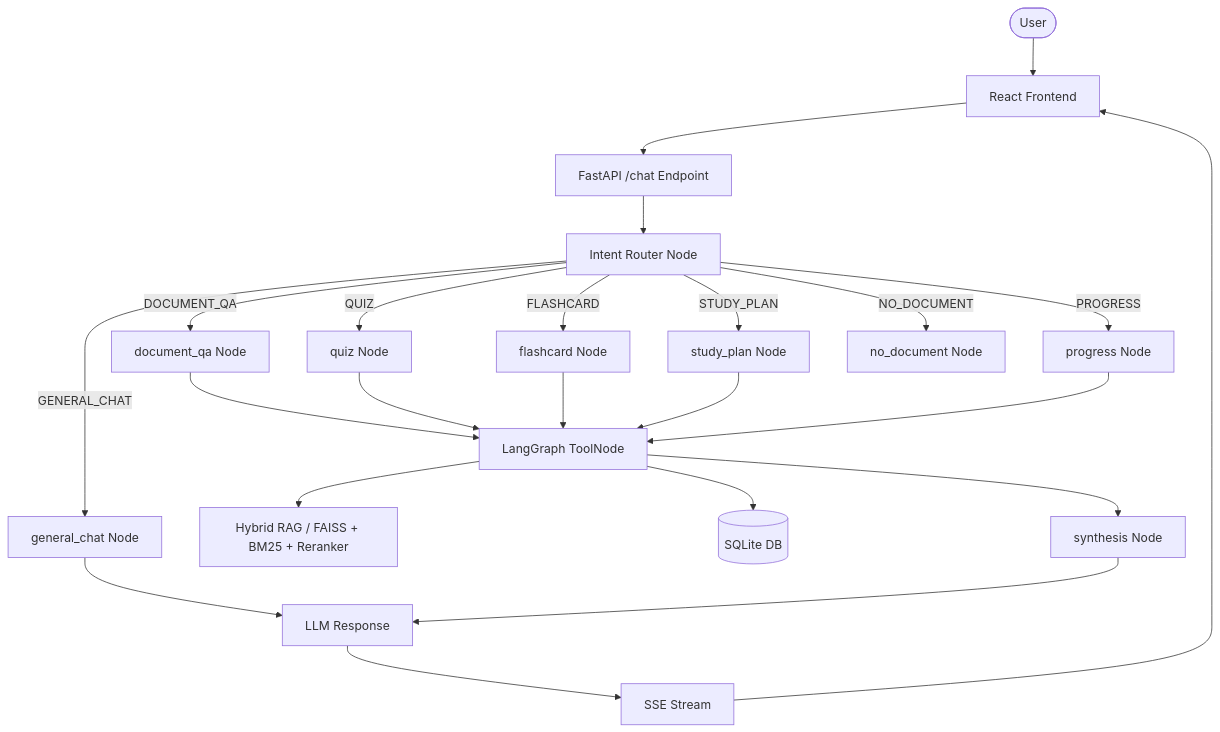
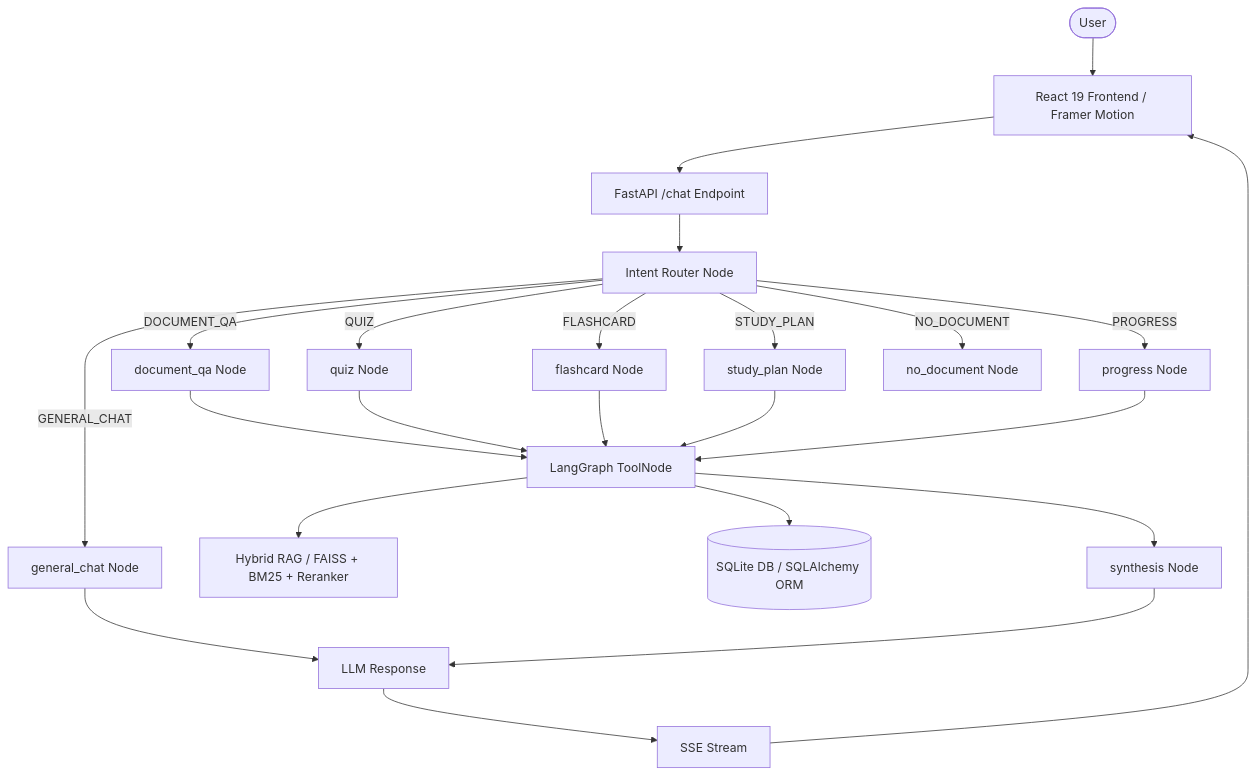
One commit to Gayathri-b-06/StudyMate changed the diagram in README.md. Above: the diagram before and after it, drawn with Mermaid. The commit also changed other lines of this file and 81 other files, not shown here.

````diff
--- a/README.md
+++ b/README.md
@@ -36,29 +55,29 @@
 ```mermaid
 flowchart TD
-    User([User]) --> Frontend[React Frontend]
+    User([User]) --> Frontend[React 19 Frontend / Framer Motion]
     Frontend --> API[FastAPI /chat Endpoint]
     API --> Router[Intent Router Node]
     
     Router -->|GENERAL_CHAT| General[general_chat Node]
     Router -->|DOCUMENT_QA| DocQA[document_qa Node]
     Router -->|QUIZ| Quiz[quiz Node]
     Router -->|FLASHCARD| Flash[flashcard Node]
     Router -->|STUDY_PLAN| Plan[study_plan Node]
     Router -->|PROGRESS| Prog[progress Node]
     Router -->|NO_DOCUMENT| NoDoc[no_document Node]
 
     DocQA --> ToolNode[LangGraph ToolNode]
     Quiz --> ToolNode
     Flash --> ToolNode
     Plan --> ToolNode
     Prog --> ToolNode
 
     ToolNode --> HybridRAG[Hybrid RAG / FAISS + BM25 + Reranker]
-    ToolNode --> DB[(SQLite DB)]
+    ToolNode --> DB[(SQLite DB / SQLAlchemy ORM)]
 
     ToolNode --> Synthesis[synthesis Node]
     General --> Response[LLM Response]
     Synthesis --> Response
     Response --> SSE[SSE Stream]
     SSE --> Frontend
 ```
````
